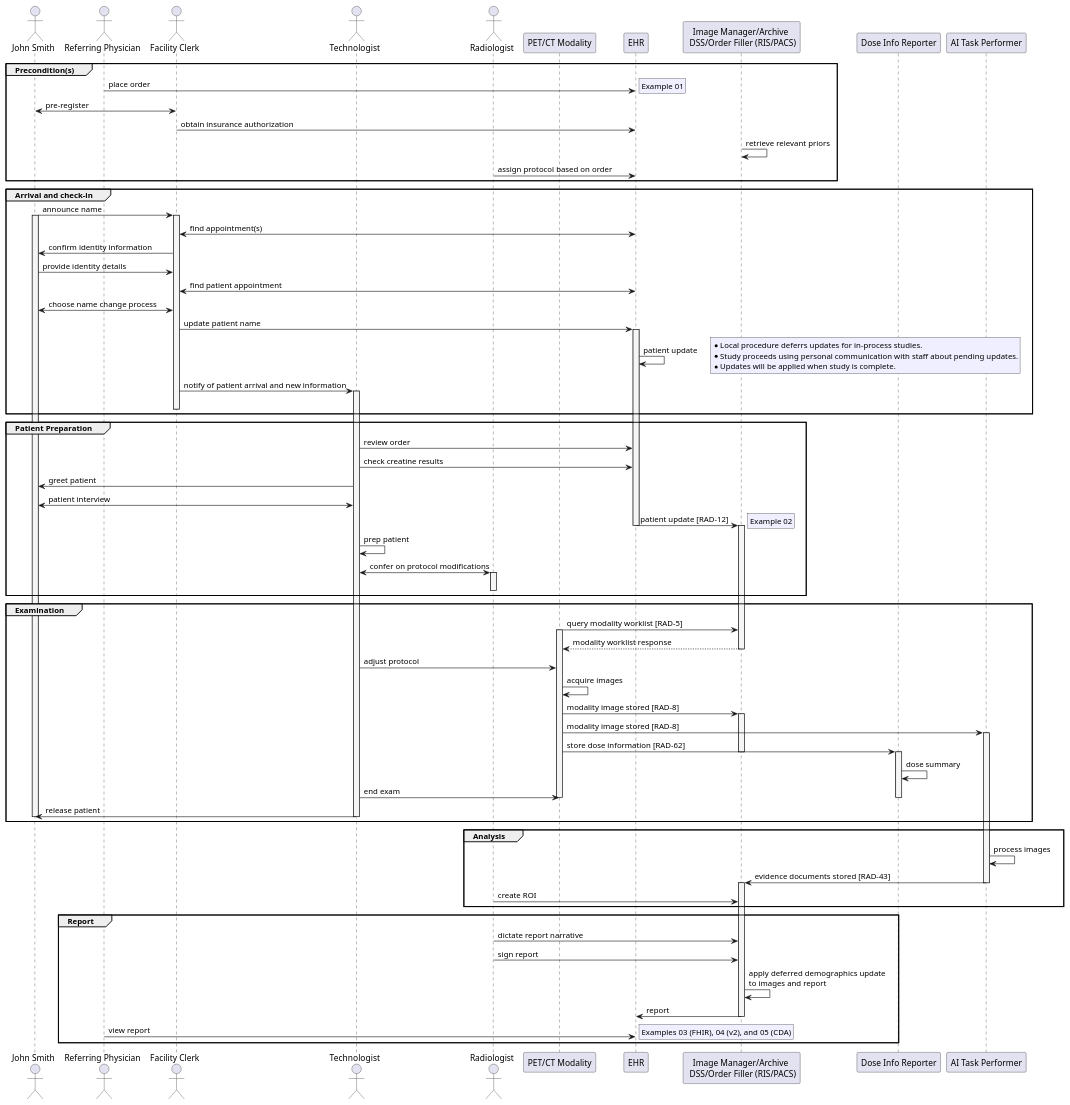
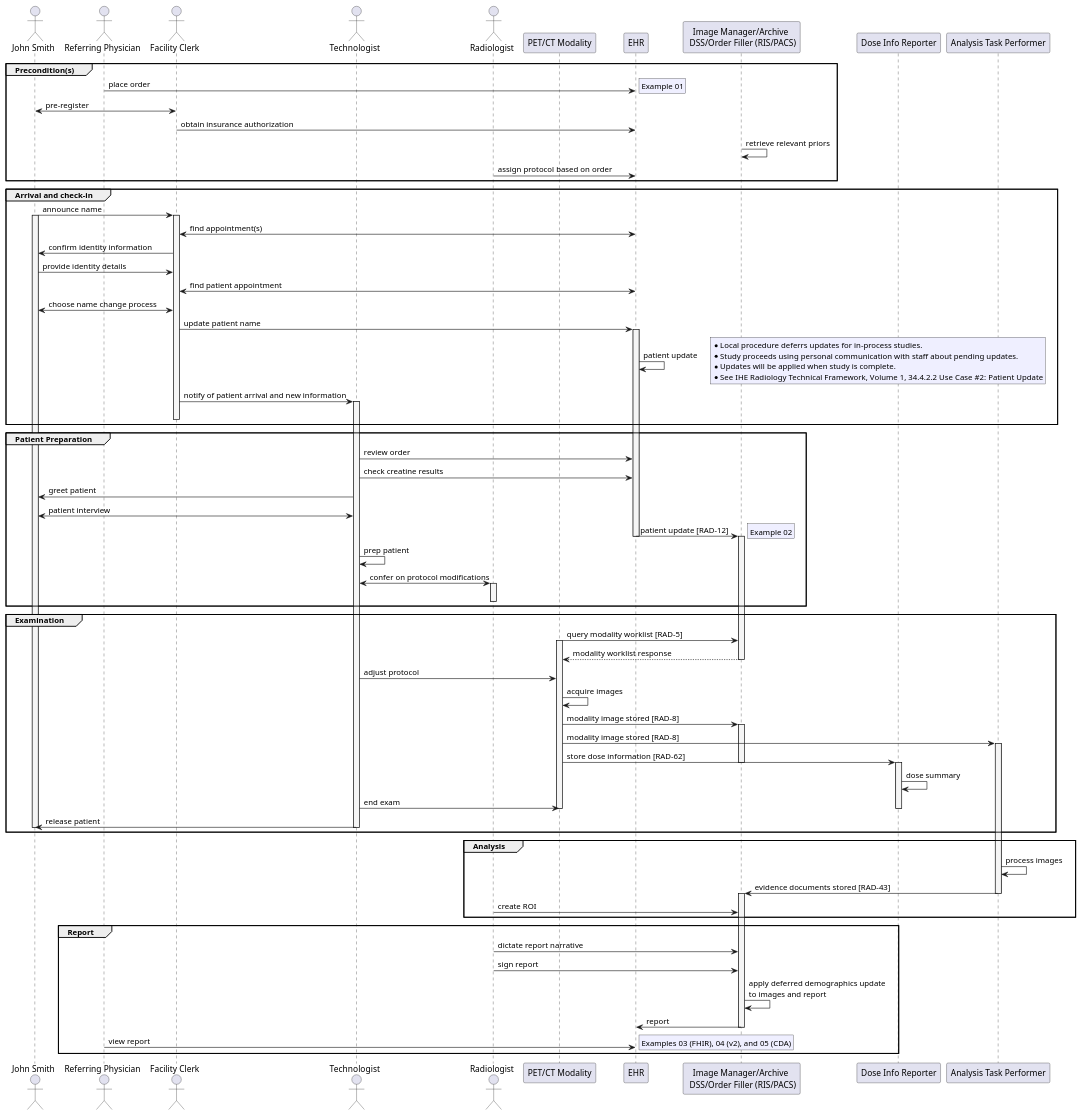
The diagram in input/images-source/gh-dicom-2.puml (snichols001/fhir-gender-harmony), drawn with PlantUML before and after one commit. The commit also changed 2 other files, not shown here.

```diff
--- a/input/images-source/gh-dicom-2.puml
+++ b/input/images-source/gh-dicom-2.puml
@@ -1,101 +1,102 @@
 @startuml
 actor "John Smith" as patient
 actor "Referring Physician" as referring
 actor "Facility Clerk" as clerk
 actor "Technologist" as tech
 actor Radiologist as radiologist
 participant "PET/CT Modality" as pet
 participant "EHR" as EHR
 participant "Image Manager/Archive \n DSS/Order Filler (RIS/PACS)" as PACS
 participant "Dose Info Reporter" as dose
-participant "AI Task Performer" as ai
+participant "Analysis Task Performer" as ai
 
 group Precondition(s)
 referring -> EHR : place order
 rnote right #motivation: Example 01
 clerk <-> patient : pre-register
 clerk -> EHR : obtain insurance authorization
 PACS -> PACS : retrieve relevant priors
 radiologist -> EHR : assign protocol based on order
 end
 
 group Arrival and check-in
 patient -> clerk : announce name
 activate patient #whitesmoke
 activate clerk #whitesmoke
 clerk <-> EHR : find appointment(s)
 clerk -> patient : confirm identity information
 patient -> clerk : provide identity details
 clerk <-> EHR : find patient appointment
 clerk <-> patient : choose name change process
 clerk -> EHR : update patient name
 activate EHR #whitesmoke
 EHR -> EHR : patient update
 rnote right #motivation
 *Local procedure deferrs updates for in-process studies.
 *Study proceeds using personal communication with staff about pending updates.
 *Updates will be applied when study is complete.
+*See IHE Radiology Technical Framework, Volume 1, 34.4.2.2 Use Case #2: Patient Update
 end note
 clerk -> tech : notify of patient arrival and new information
 activate tech #whitesmoke
 deactivate clerk
 end
 
 group Patient Preparation
 tech -> EHR : review order
 tech -> EHR : check creatine results
 tech -> patient : greet patient
 tech <-> patient : patient interview
 EHR -> PACS : patient update [RAD-12]
 deactivate EHR
 activate PACS #whitesmoke
 rnote right #motivation: Example 02
 tech -> tech : prep patient
 tech <-> radiologist : confer on protocol modifications
 activate radiologist #whitesmoke
 deactivate radiologist
 end
 
 group Examination
 pet -> PACS : query modality worklist [RAD-5]
 activate pet #whitesmoke
 PACS --> pet : modality worklist response
 deactivate PACS
 tech -> pet : adjust protocol
 pet -> pet : acquire images
 pet -> PACS : modality image stored [RAD-8]
 activate PACS #whitesmoke
 pet -> ai : modality image stored [RAD-8]
 activate ai #whitesmoke
 pet -> dose : store dose information [RAD-62]
 deactivate PACS
 activate dose #whitesmoke
 dose -> dose : dose summary
 tech -> pet : end exam
 deactivate dose
 deactivate pet
 tech -> patient : release patient
 deactivate tech
 deactivate patient
 end
 
 group Analysis
 ai -> ai : process images
 ai -> PACS : evidence documents stored [RAD-43]
 deactivate ai
 activate PACS #whitesmoke
 radiologist -> PACS : create ROI
 end
 
 group Report
 radiologist -> PACS : dictate report narrative
 radiologist -> PACS : sign report
 deactivate radiologist
 PACS -> PACS : apply deferred demographics update\nto images and report
 PACS -> EHR : report 
 deactivate PACS
 referring -> EHR : view report
 rnote right #motivation: Examples 03 (FHIR), 04 (v2), and 05 (CDA)
 end
 
 @enduml
```
